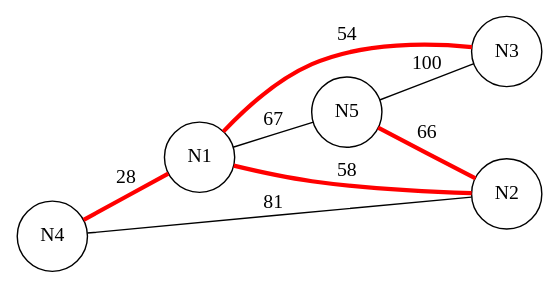
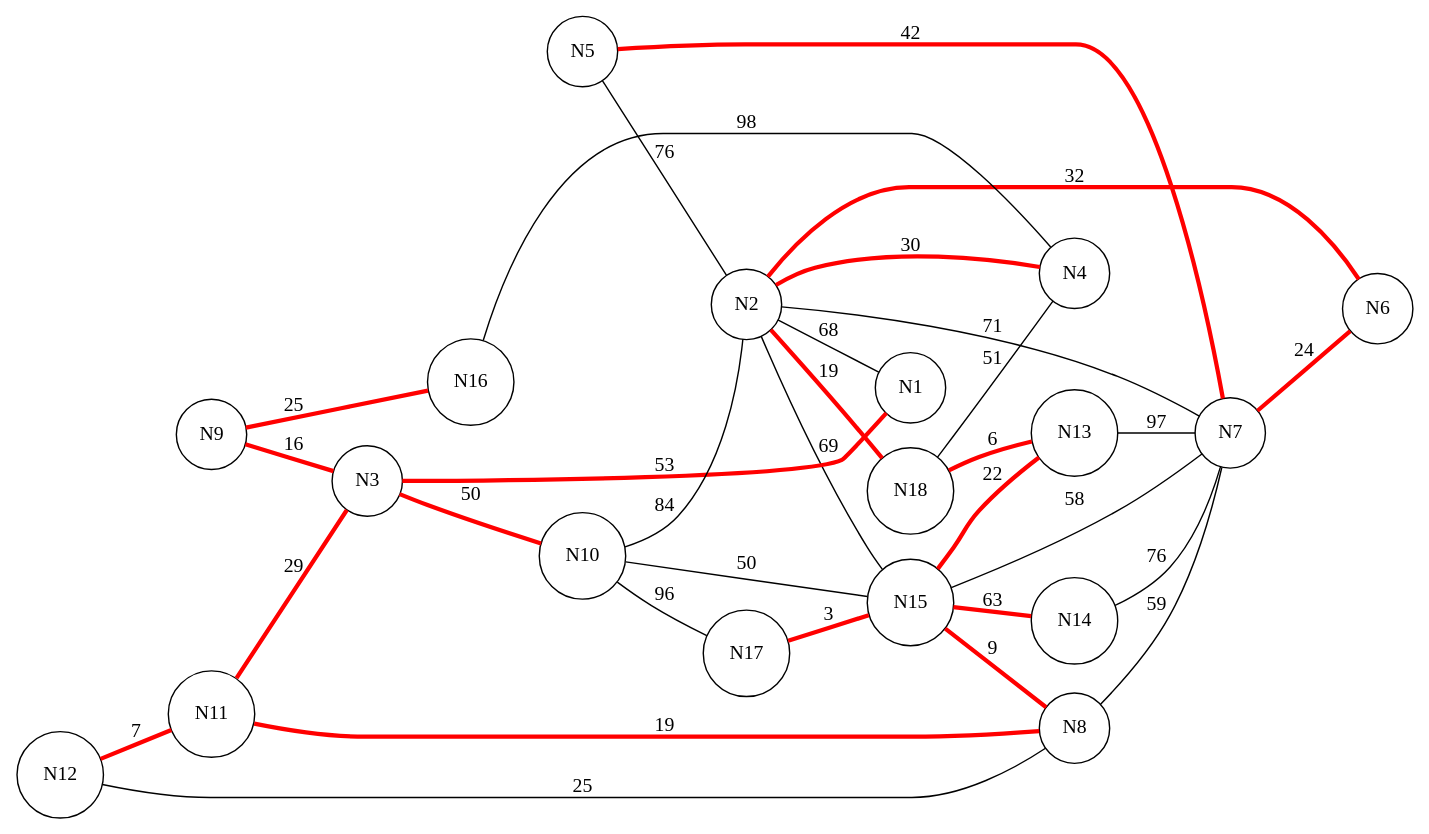
The diagram in graph_2_prim.dot (derqqx/ass3daa), drawn with Graphviz before and after one commit. The commit also changed 15 other files, not shown here.

Commit message:
git commit -m "feat: implement Graph and Edge classes with DOT visualization"

```diff
--- a/graph_2_prim.dot
+++ b/graph_2_prim.dot
@@ -1,18 +1,55 @@
 graph G {
   rankdir=LR;
   node [shape=circle];
 
   N1;
   N2;
   N3;
   N4;
   N5;
+  N6;
+  N7;
+  N8;
+  N9;
+  N10;
+  N12;
+  N11;
+  N14;
+  N13;
+  N16;
+  N15;
+  N18;
+  N17;
 
-  N2 -- N1 [label="58", color="red", penwidth=3.0];
-  N3 -- N1 [label="54", color="red", penwidth=3.0];
-  N4 -- N2 [label="81"];
-  N5 -- N2 [label="66", color="red", penwidth=3.0];
-  N5 -- N3 [label="100"];
-  N4 -- N1 [label="28", color="red", penwidth=3.0];
-  N1 -- N5 [label="67"];
+  N2 -- N1 [label="68"];
+  N3 -- N1 [label="53", color="red", penwidth=3.0];
+  N4 -- N2 [label="30", color="red", penwidth=3.0];
+  N5 -- N2 [label="76"];
+  N6 -- N2 [label="32", color="red", penwidth=3.0];
+  N7 -- N2 [label="71"];
+  N8 -- N7 [label="59"];
+  N9 -- N3 [label="16", color="red", penwidth=3.0];
+  N10 -- N2 [label="84"];
+  N11 -- N3 [label="29", color="red", penwidth=3.0];
+  N12 -- N11 [label="7", color="red", penwidth=3.0];
+  N13 -- N7 [label="97"];
+  N14 -- N7 [label="76"];
+  N15 -- N7 [label="58"];
+  N16 -- N4 [label="98"];
+  N17 -- N15 [label="3", color="red", penwidth=3.0];
+  N18 -- N4 [label="51"];
+  N5 -- N7 [label="42", color="red", penwidth=3.0];
+  N3 -- N10 [label="50", color="red", penwidth=3.0];
+  N7 -- N6 [label="24", color="red", penwidth=3.0];
+  N10 -- N15 [label="50"];
+  N11 -- N8 [label="19", color="red", penwidth=3.0];
+  N10 -- N17 [label="96"];
+  N15 -- N14 [label="63", color="red", penwidth=3.0];
+  N18 -- N13 [label="6", color="red", penwidth=3.0];
+  N12 -- N8 [label="25"];
+  N2 -- N18 [label="19", color="red", penwidth=3.0];
+  N15 -- N13 [label="22", color="red", penwidth=3.0];
+  N9 -- N16 [label="25", color="red", penwidth=3.0];
+  N15 -- N8 [label="9", color="red", penwidth=3.0];
+  N2 -- N15 [label="69"];
 }
```
